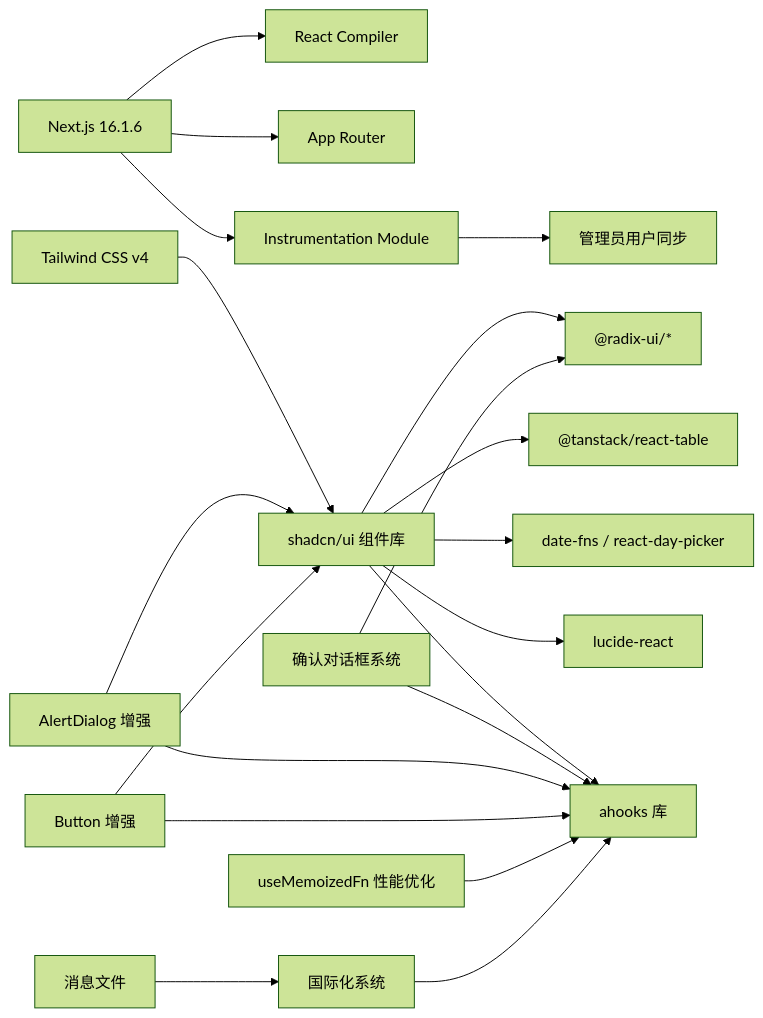
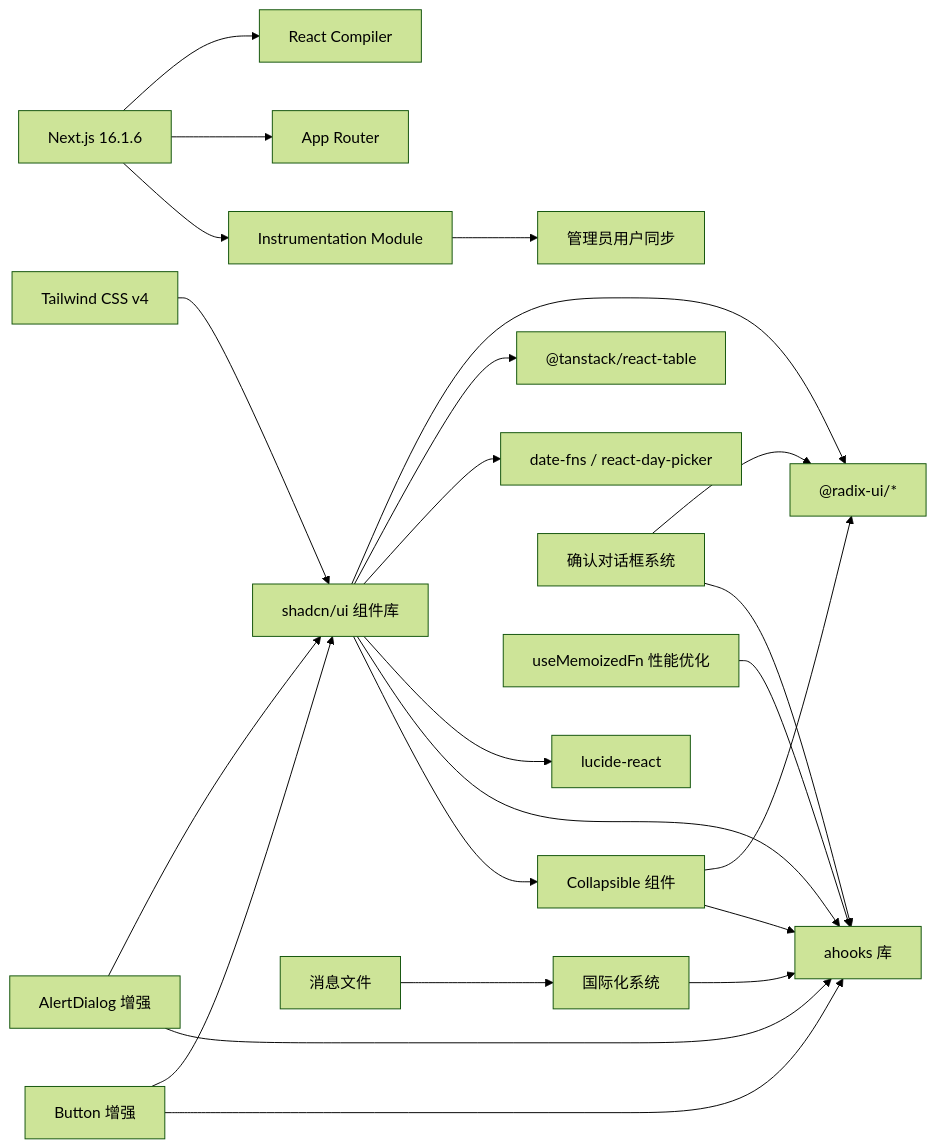
Before and after one commit to RadiumAg/AIGate: the eighth of 8 diagrams in .qoder/repowiki/zh/content/前端组件/前端组件.md, drawn with Mermaid (forest theme). The commit also changed other lines of this file and 15 other files, not shown here.

````diff
--- a/.qoder/repowiki/zh/content/前端组件/前端组件.md
+++ b/.qoder/repowiki/zh/content/前端组件/前端组件.md
@@ -672,22 +734,25 @@
 ```mermaid
 graph LR
 N["Next.js 16.1.6"] --> R["React Compiler"]
 N --> APP["App Router"]
 N --> INST["Instrumentation Module"]
 TW["Tailwind CSS v4"] --> UI["shadcn/ui 组件库"]
 UI --> RADIX["@radix-ui/*"]
 UI --> TABLE["@tanstack/react-table"]
 UI --> DATE["date-fns / react-day-picker"]
 UI --> ICON["lucide-react"]
 UI --> AH["ahooks 库"]
+UI --> COLL["@radix-ui/react-collapsible"]
 CONF["确认对话框系统"] --> RADIX
 CONF --> AH
 ALERT["AlertDialog 增强"] --> UI
 ALERT --> AH
 BUTTON["Button 增强"] --> UI
 BUTTON --> AH
+COLL["Collapsible 组件"] --> RADIX
+COLL --> AH
 UMF["useMemoizedFn 性能优化"] --> AH
 I18N["国际化系统"] --> AH
 INST --> INIT["管理员用户同步"]
 MSG["消息文件"] --> I18N
 ```
````
